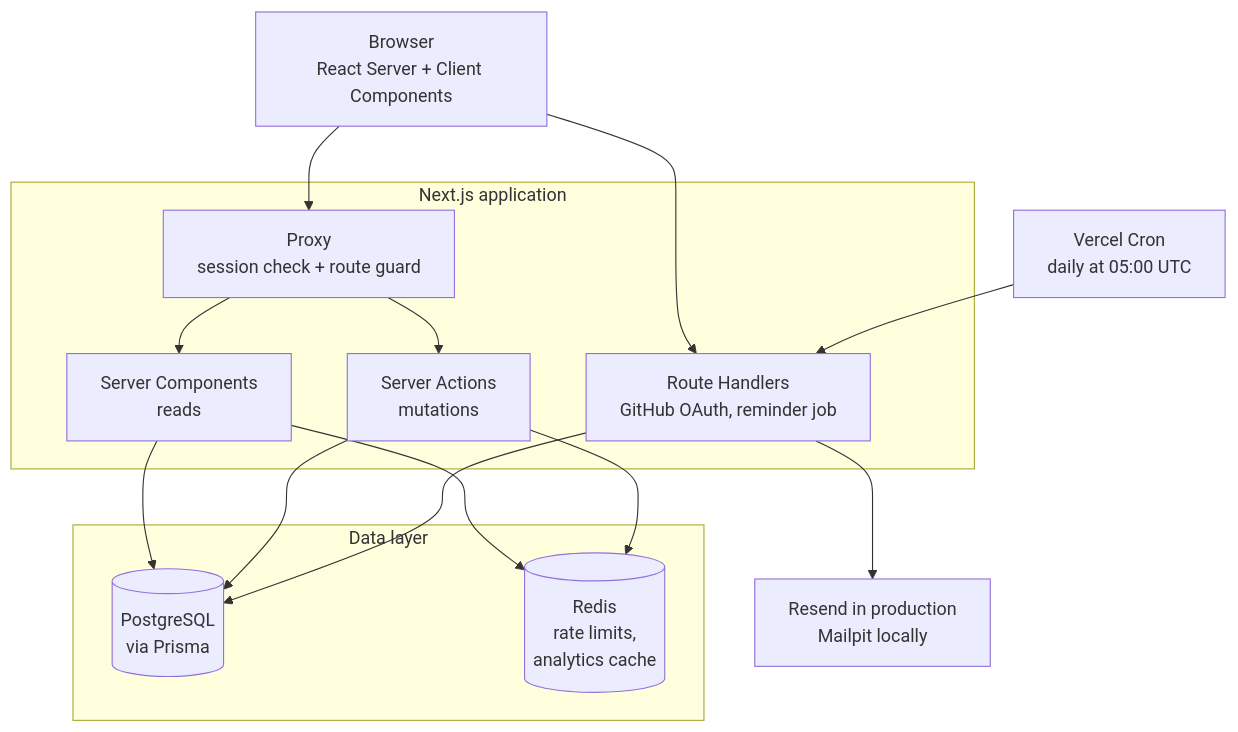
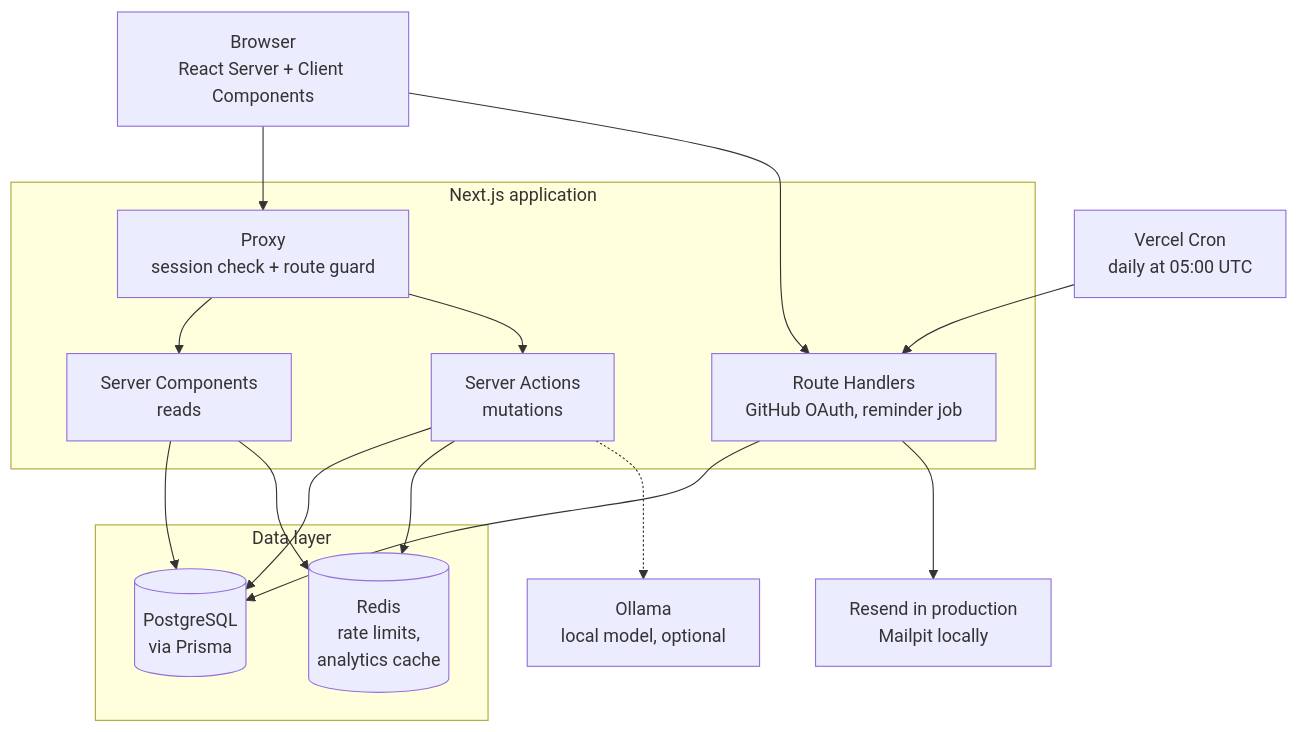
Before and after one commit to aahmoh04/job-application-tracker-AM: the first of 2 diagrams in README.md, drawn with Mermaid. The commit also changed other lines of this file and 23 other files, not shown here.

````diff
--- a/README.md
+++ b/README.md
@@ -146,31 +164,33 @@
 ```mermaid
 flowchart TB
     Browser["Browser<br/>React Server + Client Components"]
 
     subgraph app["Next.js application"]
         PX["Proxy<br/>session check + route guard"]
         RSC["Server Components<br/>reads"]
         SA["Server Actions<br/>mutations"]
         API["Route Handlers<br/>GitHub OAuth, reminder job"]
     end
 
     subgraph data["Data layer"]
         PG[("PostgreSQL<br/>via Prisma")]
         RD[("Redis<br/>rate limits,<br/>analytics cache")]
     end
 
     RES["Resend in production<br/>Mailpit locally"]
     CRON["Vercel Cron<br/>daily at 05:00 UTC"]
+    LLM["Ollama<br/>local model, optional"]
 
     Browser --> PX
     PX --> RSC
     PX --> SA
     Browser --> API
     RSC --> PG
     SA --> PG
     API --> PG
     RSC --> RD
     SA --> RD
     CRON --> API
     API --> RES
+    SA -.-> LLM
 ```
````
